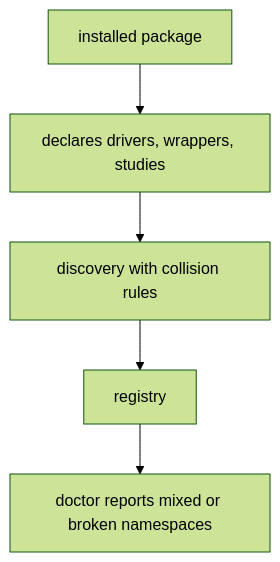
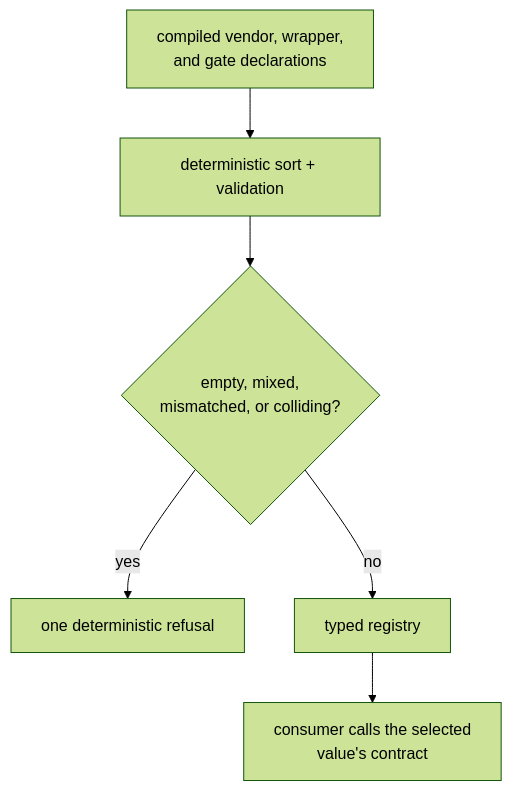
Before and after one commit to infimalabs/spice-rust: the seventh of 13 diagrams in docs/product/interfaces.md, drawn with Mermaid (forest theme). The commit also changed other lines of this file and 71 other files, not shown here.

````diff
--- a/docs/product/interfaces.md
+++ b/docs/product/interfaces.md
@@ -204,7 +215,8 @@
 ```mermaid
 flowchart TD
-  P["installed package"] --> E["declares drivers, wrappers, studies"]
-  E --> D["discovery with collision rules"]
-  D --> R["registry"]
-  R --> X["doctor reports mixed or broken namespaces"]
+  D["compiled vendor, wrapper,<br/>and gate declarations"] --> V["deterministic sort + validation"]
+  V --> C{"empty, mixed,<br/>mismatched, or colliding?"}
+  C -- yes --> X["one deterministic refusal"]
+  C -- no --> R["typed registry"]
+  R --> U["consumer calls the selected<br/>value's contract"]
 ```
````
